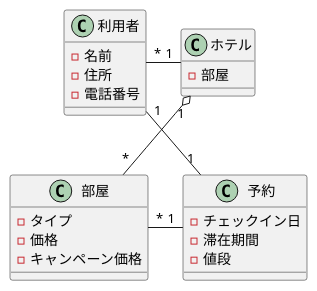
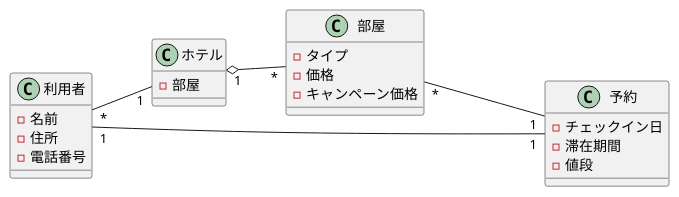
One commit to Skypeace8585/uml-introduction changed the diagram in 演習3-3_CL_ホテルと利用者と部屋と予約.pu. Above: the diagram before and after it, drawn with PlantUML. The commit also changed 1 other file, not shown here.

```diff
--- a/演習3-3_CL_ホテルと利用者と部屋と予約.pu
+++ b/演習3-3_CL_ホテルと利用者と部屋と予約.pu
@@ -1,26 +1,27 @@
 @startuml 3-3
+left to right direction
 class 利用者{
     -名前
     -住所
     -電話番号
 }
 class ホテル{
     -部屋
 }
 class 部屋{
     -タイプ
     -価格
     -キャンペーン価格
 }
 class 予約{
     -チェックイン日
     -滞在期間
     -値段
 }
-利用者 "*" -ri- "1" ホテル
+利用者 "*" -- "1" ホテル
 利用者 "1" -- "1" 予約
-部屋 "*"  -ri- "1" 予約
+部屋 "*"  --down- "1" 予約
 ホテル "1" o-- "*" 部屋
 
 
 @enduml
```
